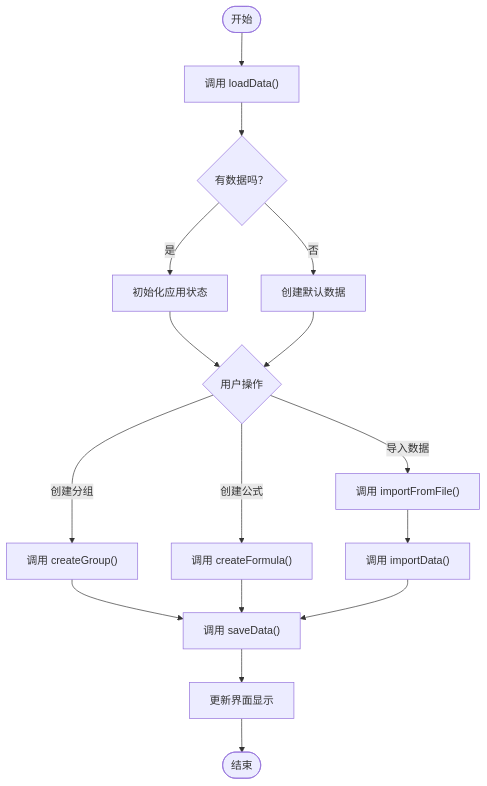
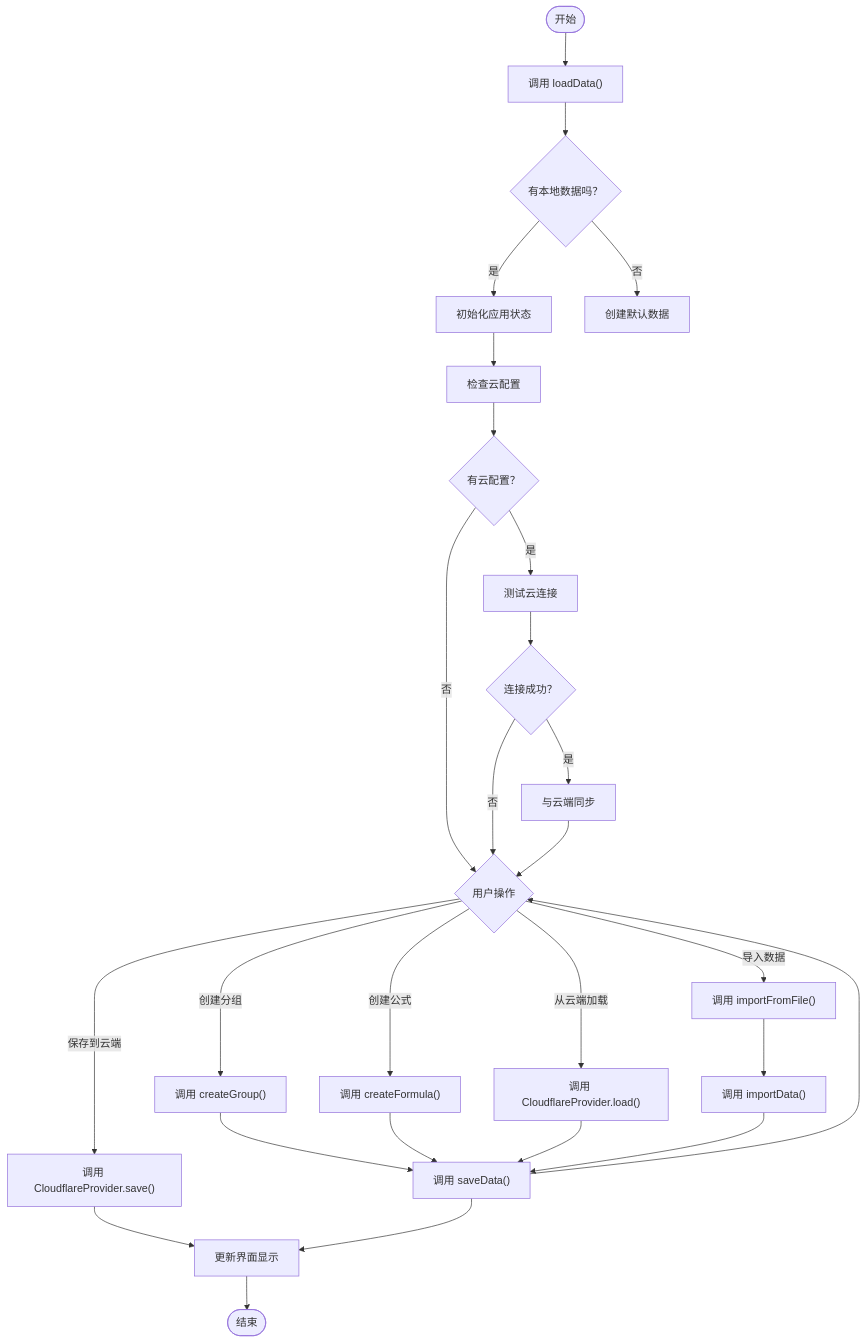
The fourth of 6 diagrams in .qoder/repowiki/zh/content/API参考/数据存储API.md (steveyu2/formula-mapper), drawn with Mermaid before and after one commit. The commit also changed other lines of this file and 14 other files, not shown here.

````diff
--- a/.qoder/repowiki/zh/content/API参考/数据存储API.md
+++ b/.qoder/repowiki/zh/content/API参考/数据存储API.md
@@ -353,18 +446,29 @@
 ```mermaid
 flowchart TD
 Start([开始]) --> LoadData["调用 loadData()"]
-LoadData --> HasData{"有数据吗？"}
+LoadData --> HasData{"有本地数据吗？"}
 HasData --> |是| InitState["初始化应用状态"]
 HasData --> |否| CreateDefault["创建默认数据"]
-InitState --> UserAction{"用户操作"}
-CreateDefault --> UserAction
+InitState --> CheckCloudConfig["检查云配置"]
+CheckCloudConfig --> HasCloudConfig{"有云配置？"}
+HasCloudConfig --> |是| TestConnection["测试云连接"]
+HasCloudConfig --> |否| UserAction{"用户操作"}
+TestConnection --> ConnectionOK{"连接成功？"}
+ConnectionOK --> |是| SyncWithCloud["与云端同步"]
+ConnectionOK --> |否| UserAction
+SyncWithCloud --> UserAction
 UserAction --> |创建分组| CreateGroup["调用 createGroup()"]
-CreateGroup --> SaveData["调用 saveData()"]
+CreateGroup --> SaveLocal["调用 saveData()"]
+SaveLocal --> UserAction
 UserAction --> |创建公式| CreateFormula["调用 createFormula()"]
-CreateFormula --> SaveData
+CreateFormula --> SaveLocal
+UserAction --> |保存到云端| SaveToCloud["调用 CloudflareProvider.save()"]
+SaveToCloud --> UpdateUI["更新界面显示"]
+UserAction --> |从云端加载| LoadFromCloud["调用 CloudflareProvider.load()"]
+LoadFromCloud --> SaveLocal
 UserAction --> |导入数据| ImportData["调用 importFromFile()"]
 ImportData --> ParseData["调用 importData()"]
-ParseData --> SaveData
-SaveData --> UpdateUI["更新界面显示"]
+ParseData --> SaveLocal
+SaveLocal --> UpdateUI
 UpdateUI --> End([结束])
 ```
````
